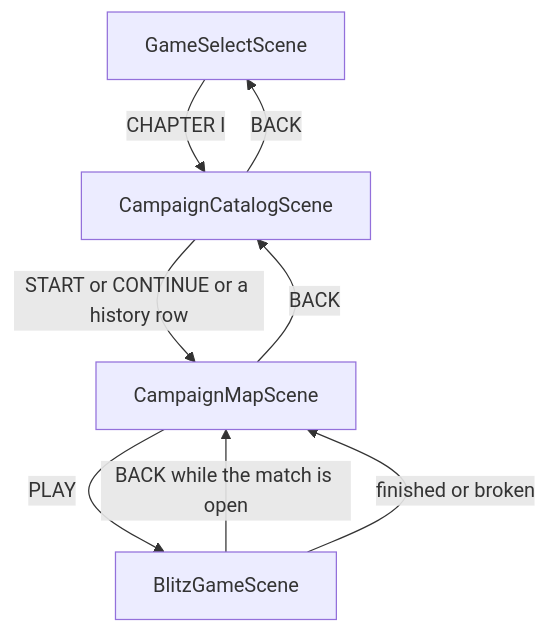
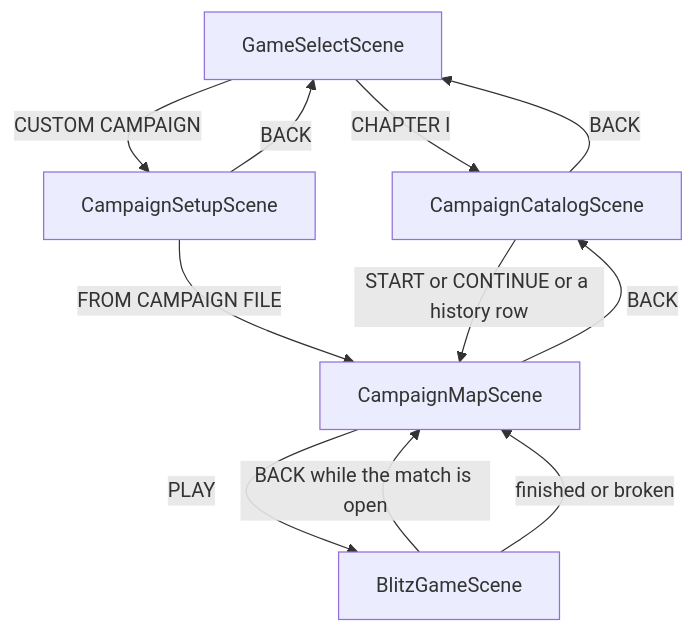
One commit to vku007/aval changed the diagram in apiv2/plans/campaigns_ui.md. Above: the diagram before and after it, drawn with Mermaid. The commit also changed other lines of this file and 106 other files, not shown here.

````diff
--- a/apiv2/plans/campaigns_ui.md
+++ b/apiv2/plans/campaigns_ui.md
@@ -48,10 +48,13 @@
 ```mermaid
 flowchart TD
   Select[GameSelectScene] -->|CHAPTER I| Catalog[CampaignCatalogScene]
+  Select -->|CUSTOM CAMPAIGN| Setup[CampaignSetupScene]
+  Setup -->|FROM CAMPAIGN FILE| Map[CampaignMapScene]
+  Setup -->|BACK| Select
   Catalog -->|BACK| Select
-  Catalog -->|START or CONTINUE or a history row| Map[CampaignMapScene]
+  Catalog -->|START or CONTINUE or a history row| Map
   Map -->|BACK| Catalog
   Map -->|PLAY| Play[BlitzGameScene]
   Play -->|BACK while the match is open| Map
   Play -->|finished or broken| Map
 ```
````
